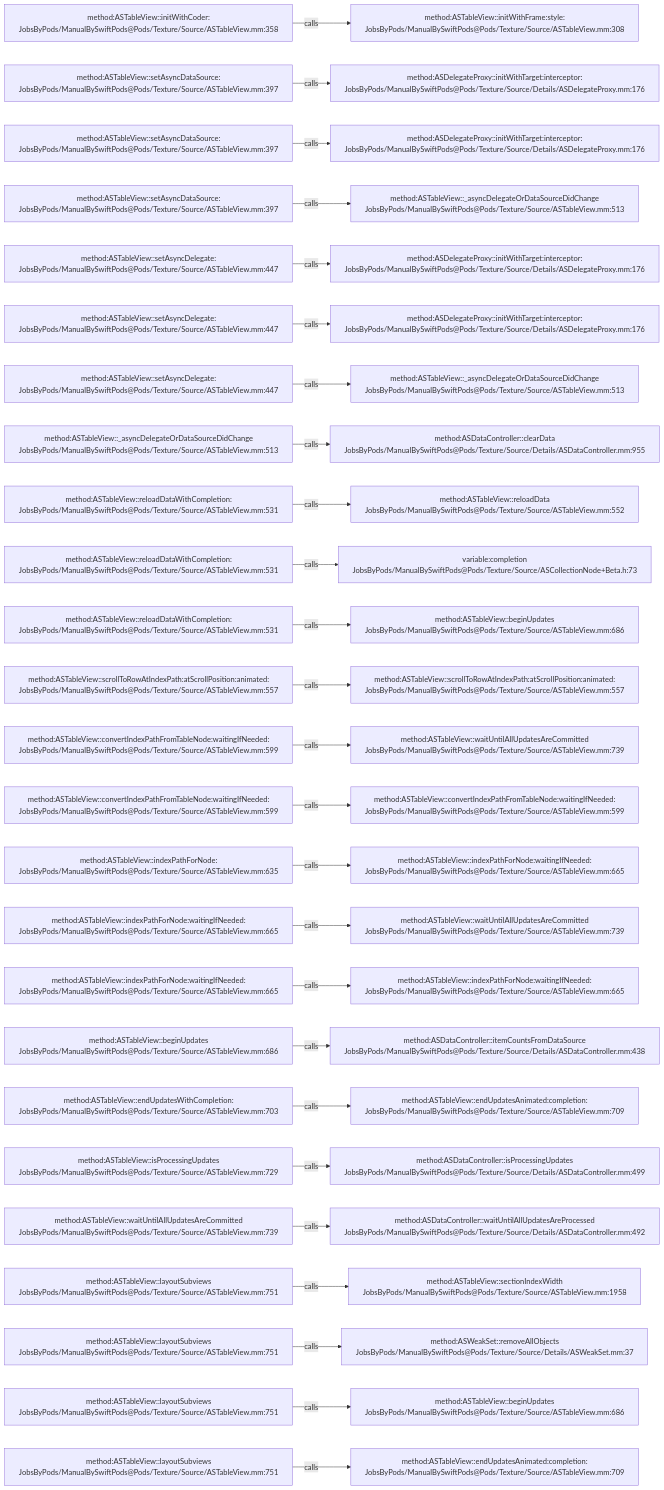
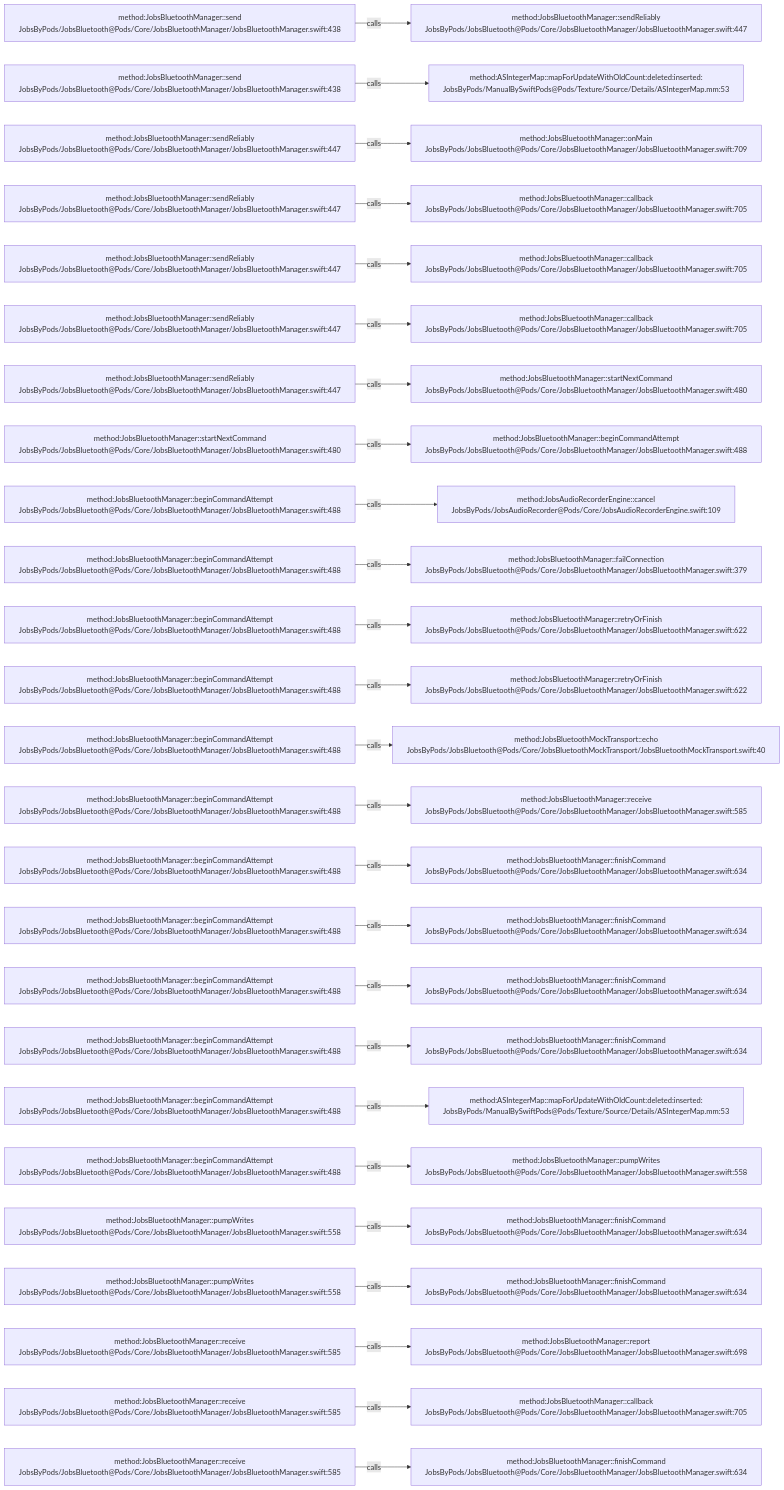
The diagram in .codegraph/codegraph.md/graphs/calls-059.md (JobsKits/JobsSwiftBaseConfigDemo), drawn with Mermaid before and after one commit. The commit also changed 224 other files, not shown here.

````diff
--- a/.codegraph/codegraph.md/graphs/calls-059.md
+++ b/.codegraph/codegraph.md/graphs/calls-059.md
@@ -13,78 +13,78 @@
 ```mermaid
 flowchart LR
-  S1["method:ASTableView::initWithCoder:<br/>JobsByPods/ManualBySwiftPods@Pods/Texture/Source/ASTableView.mm:358"]
-  T1["method:ASTableView::initWithFrame:style:<br/>JobsByPods/ManualBySwiftPods@Pods/Texture/Source/ASTableView.mm:308"]
+  S1["method:JobsBluetoothManager::send<br/>JobsByPods/JobsBluetooth@Pods/Core/JobsBluetoothManager/JobsBluetoothManager.swift:438"]
+  T1["method:JobsBluetoothManager::sendReliably<br/>JobsByPods/JobsBluetooth@Pods/Core/JobsBluetoothManager/JobsBluetoothManager.swift:447"]
   S1 -->|calls| T1
-  S2["method:ASTableView::setAsyncDataSource:<br/>JobsByPods/ManualBySwiftPods@Pods/Texture/Source/ASTableView.mm:397"]
-  T2["method:ASDelegateProxy::initWithTarget:interceptor:<br/>JobsByPods/ManualBySwiftPods@Pods/Texture/Source/Details/ASDelegateProxy.mm:176"]
+  S2["method:JobsBluetoothManager::send<br/>JobsByPods/JobsBluetooth@Pods/Core/JobsBluetoothManager/JobsBluetoothManager.swift:438"]
+  T2["method:ASIntegerMap::mapForUpdateWithOldCount:deleted:inserted:<br/>JobsByPods/ManualBySwiftPods@Pods/Texture/Source/Details/ASIntegerMap.mm:53"]
   S2 -->|calls| T2
-  S3["method:ASTableView::setAsyncDataSource:<br/>JobsByPods/ManualBySwiftPods@Pods/Texture/Source/ASTableView.mm:397"]
-  T3["method:ASDelegateProxy::initWithTarget:interceptor:<br/>JobsByPods/ManualBySwiftPods@Pods/Texture/Source/Details/ASDelegateProxy.mm:176"]
+  S3["method:JobsBluetoothManager::sendReliably<br/>JobsByPods/JobsBluetooth@Pods/Core/JobsBluetoothManager/JobsBluetoothManager.swift:447"]
+  T3["method:JobsBluetoothManager::onMain<br/>JobsByPods/JobsBluetooth@Pods/Core/JobsBluetoothManager/JobsBluetoothManager.swift:709"]
   S3 -->|calls| T3
-  S4["method:ASTableView::setAsyncDataSource:<br/>JobsByPods/ManualBySwiftPods@Pods/Texture/Source/ASTableView.mm:397"]
-  T4["method:ASTableView::_asyncDelegateOrDataSourceDidChange<br/>JobsByPods/ManualBySwiftPods@Pods/Texture/Source/ASTableView.mm:513"]
+  S4["method:JobsBluetoothManager::sendReliably<br/>JobsByPods/JobsBluetooth@Pods/Core/JobsBluetoothManager/JobsBluetoothManager.swift:447"]
+  T4["method:JobsBluetoothManager::callback<br/>JobsByPods/JobsBluetooth@Pods/Core/JobsBluetoothManager/JobsBluetoothManager.swift:705"]
   S4 -->|calls| T4
-  S5["method:ASTableView::setAsyncDelegate:<br/>JobsByPods/ManualBySwiftPods@Pods/Texture/Source/ASTableView.mm:447"]
-  T5["method:ASDelegateProxy::initWithTarget:interceptor:<br/>JobsByPods/ManualBySwiftPods@Pods/Texture/Source/Details/ASDelegateProxy.mm:176"]
+  S5["method:JobsBluetoothManager::sendReliably<br/>JobsByPods/JobsBluetooth@Pods/Core/JobsBluetoothManager/JobsBluetoothManager.swift:447"]
+  T5["method:JobsBluetoothManager::callback<br/>JobsByPods/JobsBluetooth@Pods/Core/JobsBluetoothManager/JobsBluetoothManager.swift:705"]
   S5 -->|calls| T5
-  S6["method:ASTableView::setAsyncDelegate:<br/>JobsByPods/ManualBySwiftPods@Pods/Texture/Source/ASTableView.mm:447"]
-  T6["method:ASDelegateProxy::initWithTarget:interceptor:<br/>JobsByPods/ManualBySwiftPods@Pods/Texture/Source/Details/ASDelegateProxy.mm:176"]
+  S6["method:JobsBluetoothManager::sendReliably<br/>JobsByPods/JobsBluetooth@Pods/Core/JobsBluetoothManager/JobsBluetoothManager.swift:447"]
+  T6["method:JobsBluetoothManager::callback<br/>JobsByPods/JobsBluetooth@Pods/Core/JobsBluetoothManager/JobsBluetoothManager.swift:705"]
   S6 -->|calls| T6
-  S7["method:ASTableView::setAsyncDelegate:<br/>JobsByPods/ManualBySwiftPods@Pods/Texture/Source/ASTableView.mm:447"]
-  T7["method:ASTableView::_asyncDelegateOrDataSourceDidChange<br/>JobsByPods/ManualBySwiftPods@Pods/Texture/Source/ASTableView.mm:513"]
+  S7["method:JobsBluetoothManager::sendReliably<br/>JobsByPods/JobsBluetooth@Pods/Core/JobsBluetoothManager/JobsBluetoothManager.swift:447"]
+  T7["method:JobsBluetoothManager::startNextCommand<br/>JobsByPods/JobsBluetooth@Pods/Core/JobsBluetoothManager/JobsBluetoothManager.swift:480"]
   S7 -->|calls| T7
-  S8["method:ASTableView::_asyncDelegateOrDataSourceDidChange<br/>JobsByPods/ManualBySwiftPods@Pods/Texture/Source/ASTableView.mm:513"]
-  T8["method:ASDataController::clearData<br/>JobsByPods/ManualBySwiftPods@Pods/Texture/Source/Details/ASDataController.mm:955"]
+  S8["method:JobsBluetoothManager::startNextCommand<br/>JobsByPods/JobsBluetooth@Pods/Core/JobsBluetoothManager/JobsBluetoothManager.swift:480"]
+  T8["method:JobsBluetoothManager::beginCommandAttempt<br/>JobsByPods/JobsBluetooth@Pods/Core/JobsBluetoothManager/JobsBluetoothManager.swift:488"]
   S8 -->|calls| T8
-  S9["method:ASTableView::reloadDataWithCompletion:<br/>JobsByPods/ManualBySwiftPods@Pods/Texture/Source/ASTableView.mm:531"]
-  T9["method:ASTableView::reloadData<br/>JobsByPods/ManualBySwiftPods@Pods/Texture/Source/ASTableView.mm:552"]
+  S9["method:JobsBluetoothManager::beginCommandAttempt<br/>JobsByPods/JobsBluetooth@Pods/Core/JobsBluetoothManager/JobsBluetoothManager.swift:488"]
+  T9["method:JobsAudioRecorderEngine::cancel<br/>JobsByPods/JobsAudioRecorder@Pods/Core/JobsAudioRecorderEngine.swift:109"]
   S9 -->|calls| T9
-  S10["method:ASTableView::reloadDataWithCompletion:<br/>JobsByPods/ManualBySwiftPods@Pods/Texture/Source/ASTableView.mm:531"]
-  T10["variable:completion<br/>JobsByPods/ManualBySwiftPods@Pods/Texture/Source/ASCollectionNode+Beta.h:73"]
+  S10["method:JobsBluetoothManager::beginCommandAttempt<br/>JobsByPods/JobsBluetooth@Pods/Core/JobsBluetoothManager/JobsBluetoothManager.swift:488"]
+  T10["method:JobsBluetoothManager::failConnection<br/>JobsByPods/JobsBluetooth@Pods/Core/JobsBluetoothManager/JobsBluetoothManager.swift:379"]
   S10 -->|calls| T10
-  S11["method:ASTableView::reloadDataWithCompletion:<br/>JobsByPods/ManualBySwiftPods@Pods/Texture/Source/ASTableView.mm:531"]
-  T11["method:ASTableView::beginUpdates<br/>JobsByPods/ManualBySwiftPods@Pods/Texture/Source/ASTableView.mm:686"]
+  S11["method:JobsBluetoothManager::beginCommandAttempt<br/>JobsByPods/JobsBluetooth@Pods/Core/JobsBluetoothManager/JobsBluetoothManager.swift:488"]
+  T11["method:JobsBluetoothManager::retryOrFinish<br/>JobsByPods/JobsBluetooth@Pods/Core/JobsBluetoothManager/JobsBluetoothManager.swift:622"]
   S11 -->|calls| T11
-  S12["method:ASTableView::scrollToRowAtIndexPath:atScrollPosition:animated:<br/>JobsByPods/ManualBySwiftPods@Pods/Texture/Source/ASTableView.mm:557"]
-  T12["method:ASTableView::scrollToRowAtIndexPath:atScrollPosition:animated:<br/>JobsByPods/ManualBySwiftPods@Pods/Texture/Source/ASTableView.mm:557"]
+  S12["method:JobsBluetoothManager::beginCommandAttempt<br/>JobsByPods/JobsBluetooth@Pods/Core/JobsBluetoothManager/JobsBluetoothManager.swift:488"]
+  T12["method:JobsBluetoothManager::retryOrFinish<br/>JobsByPods/JobsBluetooth@Pods/Core/JobsBluetoothManager/JobsBluetoothManager.swift:622"]
   S12 -->|calls| T12
-  S13["method:ASTableView::convertIndexPathFromTableNode:waitingIfNeeded:<br/>JobsByPods/ManualBySwiftPods@Pods/Texture/Source/ASTableView.mm:599"]
-  T13["method:ASTableView::waitUntilAllUpdatesAreCommitted<br/>JobsByPods/ManualBySwiftPods@Pods/Texture/Source/ASTableView.mm:739"]
+  S13["method:JobsBluetoothManager::beginCommandAttempt<br/>JobsByPods/JobsBluetooth@Pods/Core/JobsBluetoothManager/JobsBluetoothManager.swift:488"]
+  T13["method:JobsBluetoothMockTransport::echo<br/>JobsByPods/JobsBluetooth@Pods/Core/JobsBluetoothMockTransport/JobsBluetoothMockTransport.swift:40"]
   S13 -->|calls| T13
-  S14["method:ASTableView::convertIndexPathFromTableNode:waitingIfNeeded:<br/>JobsByPods/ManualBySwiftPods@Pods/Texture/Source/ASTableView.mm:599"]
-  T14["method:ASTableView::convertIndexPathFromTableNode:waitingIfNeeded:<br/>JobsByPods/ManualBySwiftPods@Pods/Texture/Source/ASTableView.mm:599"]
+  S14["method:JobsBluetoothManager::beginCommandAttempt<br/>JobsByPods/JobsBluetooth@Pods/Core/JobsBluetoothManager/JobsBluetoothManager.swift:488"]
+  T14["method:JobsBluetoothManager::receive<br/>JobsByPods/JobsBluetooth@Pods/Core/JobsBluetoothManager/JobsBluetoothManager.swift:585"]
   S14 -->|calls| T14
-  S15["method:ASTableView::indexPathForNode:<br/>JobsByPods/ManualBySwiftPods@Pods/Texture/Source/ASTableView.mm:635"]
-  T15["method:ASTableView::indexPathForNode:waitingIfNeeded:<br/>JobsByPods/ManualBySwiftPods@Pods/Texture/Source/ASTableView.mm:665"]
+  S15["method:JobsBluetoothManager::beginCommandAttempt<br/>JobsByPods/JobsBluetooth@Pods/Core/JobsBluetoothManager/JobsBluetoothManager.swift:488"]
+  T15["method:JobsBluetoothManager::finishCommand<br/>JobsByPods/JobsBluetooth@Pods/Core/JobsBluetoothManager/JobsBluetoothManager.swift:634"]
   S15 -->|calls| T15
-  S16["method:ASTableView::indexPathForNode:waitingIfNeeded:<br/>JobsByPods/ManualBySwiftPods@Pods/Texture/Source/ASTableView.mm:665"]
-  T16["method:ASTableView::waitUntilAllUpdatesAreCommitted<br/>JobsByPods/ManualBySwiftPods@Pods/Texture/Source/ASTableView.mm:739"]
+  S16["method:JobsBluetoothManager::beginCommandAttempt<br/>JobsByPods/JobsBluetooth@Pods/Core/JobsBluetoothManager/JobsBluetoothManager.swift:488"]
+  T16["method:JobsBluetoothManager::finishCommand<br/>JobsByPods/JobsBluetooth@Pods/Core/JobsBluetoothManager/JobsBluetoothManager.swift:634"]
   S16 -->|calls| T16
-  S17["method:ASTableView::indexPathForNode:waitingIfNeeded:<br/>JobsByPods/ManualBySwiftPods@Pods/Texture/Source/ASTableView.mm:665"]
-  T17["method:ASTableView::indexPathForNode:waitingIfNeeded:<br/>JobsByPods/ManualBySwiftPods@Pods/Texture/Source/ASTableView.mm:665"]
+  S17["method:JobsBluetoothManager::beginCommandAttempt<br/>JobsByPods/JobsBluetooth@Pods/Core/JobsBluetoothManager/JobsBluetoothManager.swift:488"]
+  T17["method:JobsBluetoothManager::finishCommand<br/>JobsByPods/JobsBluetooth@Pods/Core/JobsBluetoothManager/JobsBluetoothManager.swift:634"]
   S17 -->|calls| T17
-  S18["method:ASTableView::beginUpdates<br/>JobsByPods/ManualBySwiftPods@Pods/Texture/Source/ASTableView.mm:686"]
-  T18["method:ASDataController::itemCountsFromDataSource<br/>JobsByPods/ManualBySwiftPods@Pods/Texture/Source/Details/ASDataController.mm:438"]
+  S18["method:JobsBluetoothManager::beginCommandAttempt<br/>JobsByPods/JobsBluetooth@Pods/Core/JobsBluetoothManager/JobsBluetoothManager.swift:488"]
+  T18["method:JobsBluetoothManager::finishCommand<br/>JobsByPods/JobsBluetooth@Pods/Core/JobsBluetoothManager/JobsBluetoothManager.swift:634"]
   S18 -->|calls| T18
-  S19["method:ASTableView::endUpdatesWithCompletion:<br/>JobsByPods/ManualBySwiftPods@Pods/Texture/Source/ASTableView.mm:703"]
-  T19["method:ASTableView::endUpdatesAnimated:completion:<br/>JobsByPods/ManualBySwiftPods@Pods/Texture/Source/ASTableView.mm:709"]
+  S19["method:JobsBluetoothManager::beginCommandAttempt<br/>JobsByPods/JobsBluetooth@Pods/Core/JobsBluetoothManager/JobsBluetoothManager.swift:488"]
+  T19["method:ASIntegerMap::mapForUpdateWithOldCount:deleted:inserted:<br/>JobsByPods/ManualBySwiftPods@Pods/Texture/Source/Details/ASIntegerMap.mm:53"]
   S19 -->|calls| T19
-  S20["method:ASTableView::isProcessingUpdates<br/>JobsByPods/ManualBySwiftPods@Pods/Texture/Source/ASTableView.mm:729"]
-  T20["method:ASDataController::isProcessingUpdates<br/>JobsByPods/ManualBySwiftPods@Pods/Texture/Source/Details/ASDataController.mm:499"]
+  S20["method:JobsBluetoothManager::beginCommandAttempt<br/>JobsByPods/JobsBluetooth@Pods/Core/JobsBluetoothManager/JobsBluetoothManager.swift:488"]
+  T20["method:JobsBluetoothManager::pumpWrites<br/>JobsByPods/JobsBluetooth@Pods/Core/JobsBluetoothManager/JobsBluetoothManager.swift:558"]
   S20 -->|calls| T20
-  S21["method:ASTableView::waitUntilAllUpdatesAreCommitted<br/>JobsByPods/ManualBySwiftPods@Pods/Texture/Source/ASTableView.mm:739"]
-  T21["method:ASDataController::waitUntilAllUpdatesAreProcessed<br/>JobsByPods/ManualBySwiftPods@Pods/Texture/Source/Details/ASDataController.mm:492"]
+  S21["method:JobsBluetoothManager::pumpWrites<br/>JobsByPods/JobsBluetooth@Pods/Core/JobsBluetoothManager/JobsBluetoothManager.swift:558"]
+  T21["method:JobsBluetoothManager::finishCommand<br/>JobsByPods/JobsBluetooth@Pods/Core/JobsBluetoothManager/JobsBluetoothManager.swift:634"]
   S21 -->|calls| T21
-  S22["method:ASTableView::layoutSubviews<br/>JobsByPods/ManualBySwiftPods@Pods/Texture/Source/ASTableView.mm:751"]
-  T22["method:ASTableView::sectionIndexWidth<br/>JobsByPods/ManualBySwiftPods@Pods/Texture/Source/ASTableView.mm:1958"]
+  S22["method:JobsBluetoothManager::pumpWrites<br/>JobsByPods/JobsBluetooth@Pods/Core/JobsBluetoothManager/JobsBluetoothManager.swift:558"]
+  T22["method:JobsBluetoothManager::finishCommand<br/>JobsByPods/JobsBluetooth@Pods/Core/JobsBluetoothManager/JobsBluetoothManager.swift:634"]
   S22 -->|calls| T22
-  S23["method:ASTableView::layoutSubviews<br/>JobsByPods/ManualBySwiftPods@Pods/Texture/Source/ASTableView.mm:751"]
-  T23["method:ASWeakSet::removeAllObjects<br/>JobsByPods/ManualBySwiftPods@Pods/Texture/Source/Details/ASWeakSet.mm:37"]
+  S23["method:JobsBluetoothManager::receive<br/>JobsByPods/JobsBluetooth@Pods/Core/JobsBluetoothManager/JobsBluetoothManager.swift:585"]
+  T23["method:JobsBluetoothManager::report<br/>JobsByPods/JobsBluetooth@Pods/Core/JobsBluetoothManager/JobsBluetoothManager.swift:698"]
   S23 -->|calls| T23
-  S24["method:ASTableView::layoutSubviews<br/>JobsByPods/ManualBySwiftPods@Pods/Texture/Source/ASTableView.mm:751"]
-  T24["method:ASTableView::beginUpdates<br/>JobsByPods/ManualBySwiftPods@Pods/Texture/Source/ASTableView.mm:686"]
+  S24["method:JobsBluetoothManager::receive<br/>JobsByPods/JobsBluetooth@Pods/Core/JobsBluetoothManager/JobsBluetoothManager.swift:585"]
+  T24["method:JobsBluetoothManager::callback<br/>JobsByPods/JobsBluetooth@Pods/Core/JobsBluetoothManager/JobsBluetoothManager.swift:705"]
   S24 -->|calls| T24
-  S25["method:ASTableView::layoutSubviews<br/>JobsByPods/ManualBySwiftPods@Pods/Texture/Source/ASTableView.mm:751"]
-  T25["method:ASTableView::endUpdatesAnimated:completion:<br/>JobsByPods/ManualBySwiftPods@Pods/Texture/Source/ASTableView.mm:709"]
+  S25["method:JobsBluetoothManager::receive<br/>JobsByPods/JobsBluetooth@Pods/Core/JobsBluetoothManager/JobsBluetoothManager.swift:585"]
+  T25["method:JobsBluetoothManager::finishCommand<br/>JobsByPods/JobsBluetooth@Pods/Core/JobsBluetoothManager/JobsBluetoothManager.swift:634"]
   S25 -->|calls| T25
 ```
````
